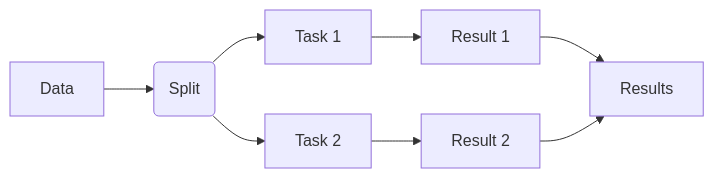
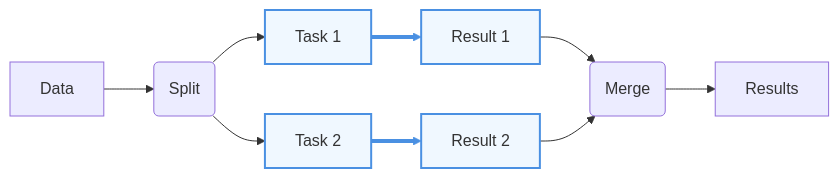
Before and after one commit to 7FeiW/Incomplete_guide: the diagram in docs/12_Go_With_Large_Scale.md, drawn with Mermaid.

Commit message:
update figures

````diff
--- a/docs/12_Go_With_Large_Scale.md
+++ b/docs/12_Go_With_Large_Scale.md
@@ -31,11 +31,21 @@
 ```mermaid
 
 flowchart LR
     A[Data] --> B(Split)
     B --> C1[Task 1]
     B --> C2[Task 2]
     C1 --> D1[Result 1]
     C2 --> D2[Result 2]
-    D1 --> E[Results]
+    D1 --> E(Merge)
     D2 --> E
+    E --> F[Results]
+
+    classDef highlight fill:#f0f8ff,stroke:#4a90e2,stroke-width:2px;
+
+    class C1,D1 highlight
+    linkStyle 3 stroke:#4a90e2,stroke-width:4px,stroke-dasharray:0;
+
+    class C2,D2 highlight
+    linkStyle 4 stroke:#4a90e2,stroke-width:4px,stroke-dasharray:0;
+
 ```
````
